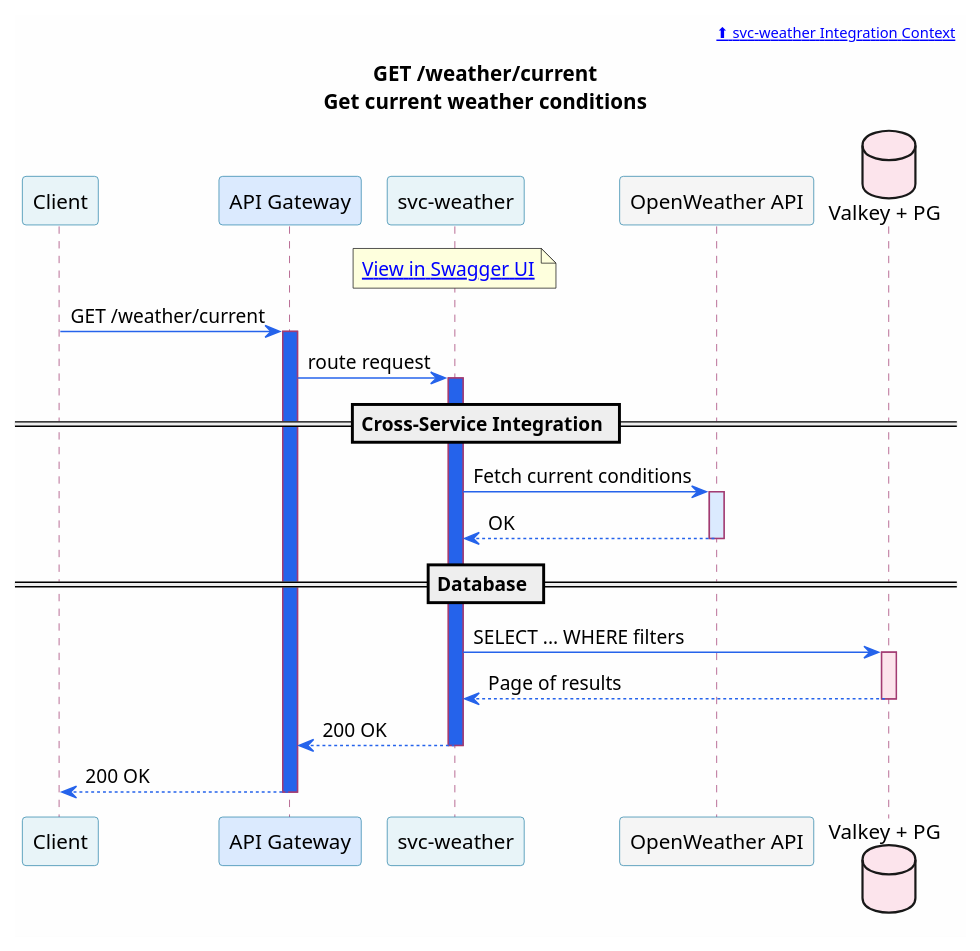
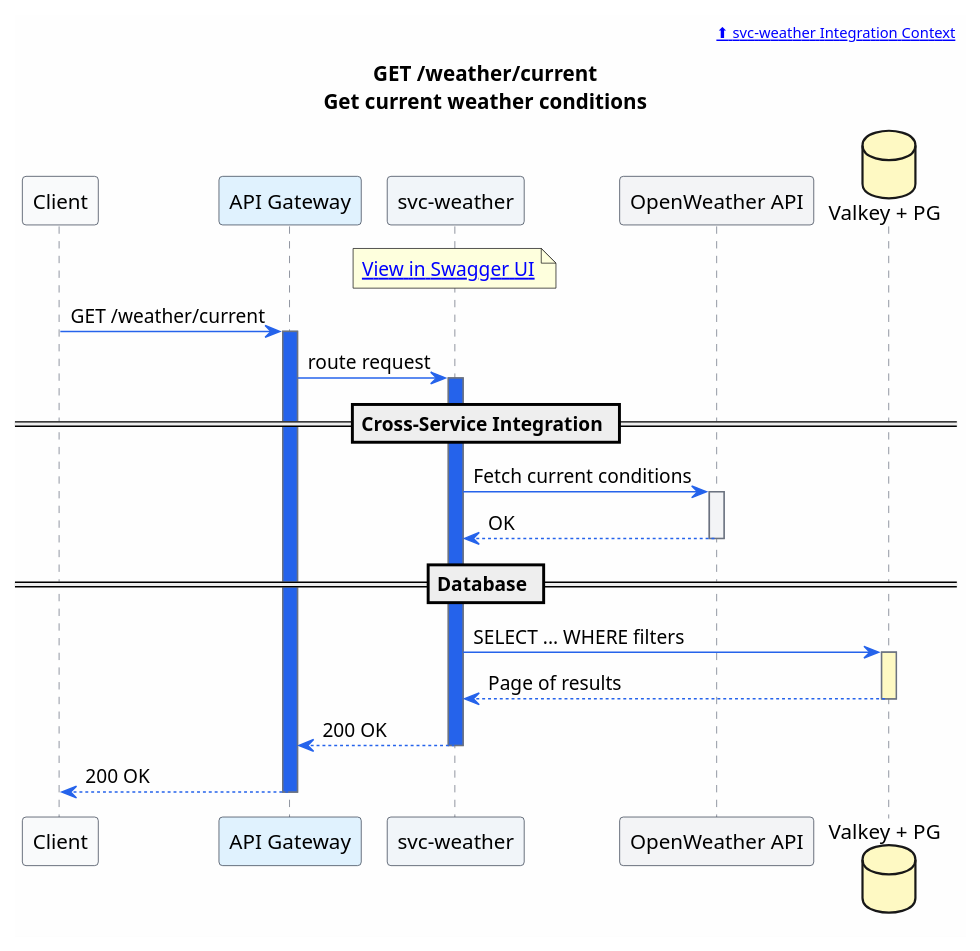
Before and after one commit to christopherblaisdell/continuous-architecture-platform-poc: the diagram in portal/site/microservices/puml/svc-weather--get-weather-current.puml, drawn with PlantUML. The commit also changed 727 other files, not shown here.

```diff
--- a/portal/site/microservices/puml/svc-weather--get-weather-current.puml
+++ b/portal/site/microservices/puml/svc-weather--get-weather-current.puml
@@ -1,55 +1,55 @@
 @startuml svc-weather--get-weather-current
 
 skinparam backgroundColor #FEFEFE
 skinparam shadowing false
 skinparam defaultFontName "Segoe UI"
 skinparam sequence {
     ArrowColor #2563eb
-    ParticipantBorderColor #2E86AB
-    ParticipantBackgroundColor #E8F4F8
-    LifeLineBorderColor #A23B72
-    BoxBorderColor #F18F01
-    BoxBackgroundColor #FFF8F0
-    NoteBorderColor #c77b30
-    NoteBackgroundColor #FEF3E7
+    ParticipantBorderColor #374151
+    ParticipantBackgroundColor #F9FAFB
+    LifeLineBorderColor #6B7280
+    BoxBorderColor #94A3B8
+    BoxBackgroundColor #F8FAFC
+    NoteBorderColor #64748B
+    NoteBackgroundColor #F8FAFC
 }
 
 header [[/microservices/svc-weather/#integration-context ⬆ svc-weather Integration Context]]
 
 title GET /weather/current\nGet current weather conditions
 
 participant "Client" as Client [[/applications/]]
-participant "API Gateway" as GW [[/actors/#api-gateway]] #DBEAFE
-participant "svc-weather" as Svc [[/microservices/svc-weather/]] #E8F4F8
-participant "OpenWeather API" as ExtWx [[/actors/#openweather-api]] #F5F5F5
-database "Valkey + PG" as DB [[/microservices/svc-weather/#data-store]] #FCE4EC
+participant "API Gateway" as GW [[/actors/#api-gateway]] #E0F2FE
+participant "svc-weather" as Svc [[/microservices/svc-weather/]] #F1F5F9
+participant "OpenWeather API" as ExtWx [[/actors/#openweather-api]] #F3F4F6
+database "Valkey + PG" as DB [[/microservices/svc-weather/#data-store]] #FEF9C3
 
 note over Svc
   [[/services/api/svc-weather.html#/Weather/getCurrentWeather View in Swagger UI]]
 end note
 
 Client -> GW : GET /weather/current
 activate GW #2563eb
 GW -> Svc : route request
 activate Svc #2563eb
 
 == Cross-Service Integration ==
 
 Svc -> ExtWx : Fetch current conditions
-activate ExtWx #DBEAFE
+activate ExtWx #F3F4F6
 ExtWx --> Svc : OK
 deactivate ExtWx
 
 == Database ==
 
 Svc -> DB : SELECT ... WHERE filters
-activate DB #FCE4EC
+activate DB #FEF9C3
 DB --> Svc : Page of results
 deactivate DB
 
 Svc --> GW : 200 OK
 deactivate Svc
 GW --> Client : 200 OK
 deactivate GW
 
 @enduml
```
